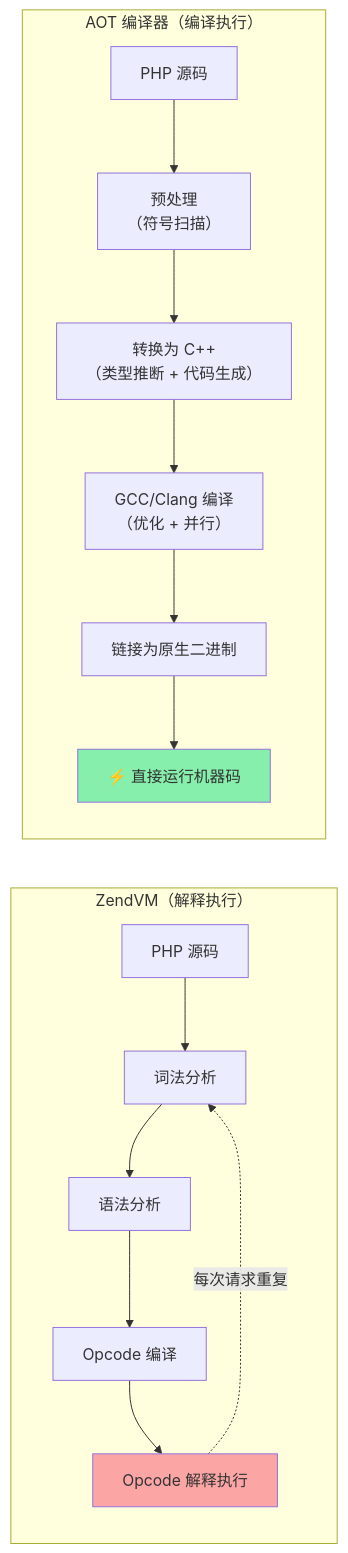
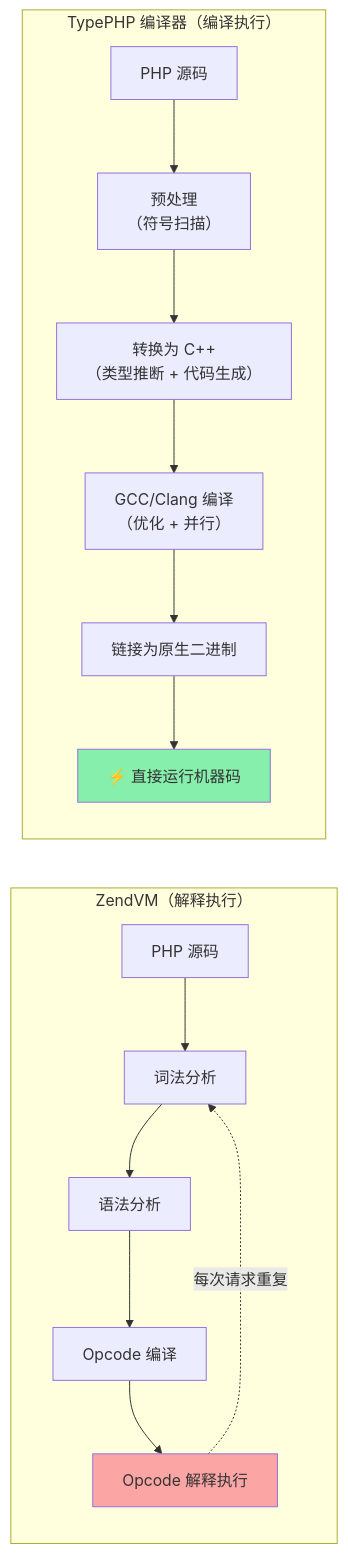
Before and after one commit to swoole/typephp-docs: diagram 11 of 11 in execution.md, drawn with Mermaid. The commit also changed other lines of this file and 23 other files, not shown here.

First line of the commit message:
docs: update documentation references from AOT to TypePHP

````diff
--- a/execution.md
+++ b/execution.md
@@ -571,23 +571,23 @@
 ```mermaid
 graph LR
     subgraph ZendVM["ZendVM（解释执行）"]
         direction TB
         Z1["PHP 源码"] --> Z2["词法分析"]
         Z2 --> Z3["语法分析"]
         Z3 --> Z4["Opcode 编译"]
         Z4 --> Z5["Opcode 解释执行"]
         Z5 -.->|"每次请求重复"| Z2
     end
 
-    subgraph AOT["AOT 编译器（编译执行）"]
+    subgraph AOT["TypePHP 编译器（编译执行）"]
         direction TB
         A1["PHP 源码"] --> A2["预处理<br/>（符号扫描）"]
         A2 --> A3["转换为 C++<br/>（类型推断 + 代码生成）"]
         A3 --> A4["GCC/Clang 编译<br/>（优化 + 并行）"]
         A4 --> A5["链接为原生二进制"]
         A5 --> A6["⚡ 直接运行机器码"]
     end
 
     style Z5 fill:#fca5a5
     style A6 fill:#86efac
 ```
````
